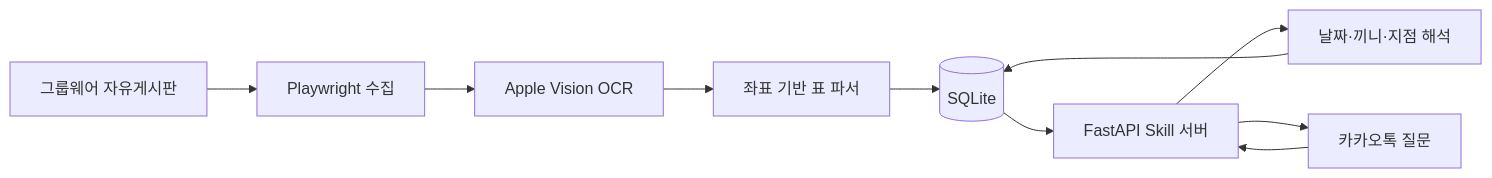
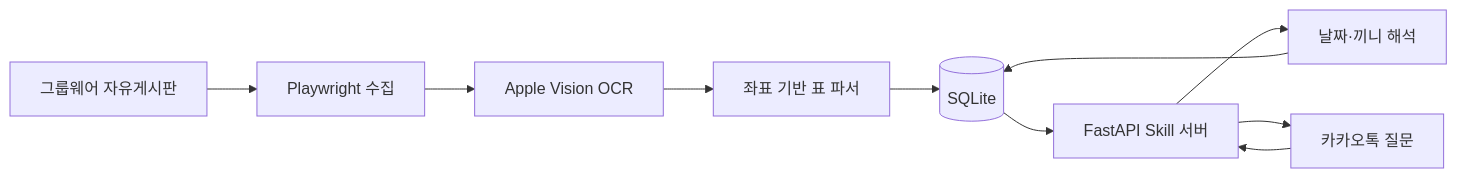
The diagram in README.md (hongmin3/cafeteria-menu-kakao-bot), drawn with Mermaid before and after one commit. The commit also changed other lines of this file and 5 other files, not shown here.

````diff
--- a/README.md
+++ b/README.md
@@ -47,12 +57,12 @@
 ```mermaid
 flowchart LR
     A["그룹웨어 자유게시판"] --> B["Playwright 수집"]
     B --> C["Apple Vision OCR"]
     C --> D["좌표 기반 표 파서"]
     D --> E[("SQLite")]
     F["카카오톡 질문"] --> G["FastAPI Skill 서버"]
-    G --> H["날짜·끼니·지점 해석"]
+    G --> H["날짜·끼니 해석"]
     H --> E
     E --> G
     G --> F
 ```
````
